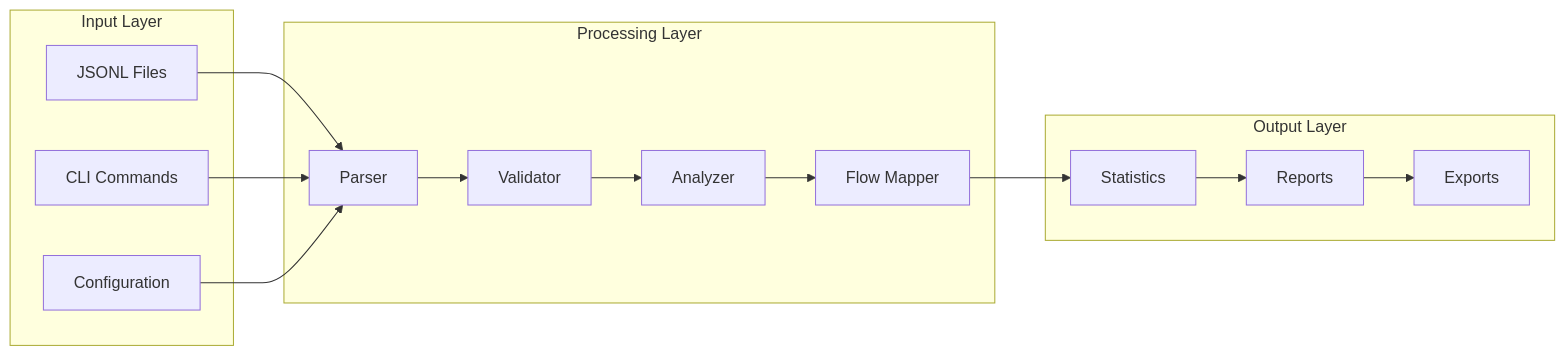
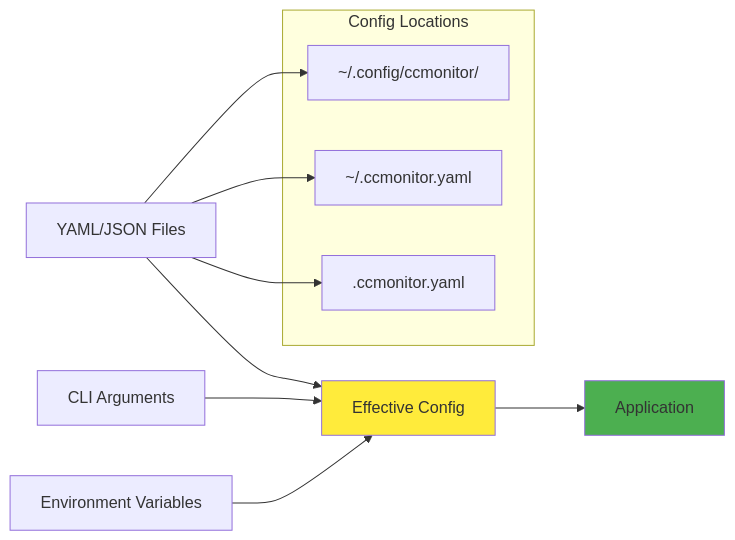
One commit to osbornesec/ccmonitor changed the fourth of 4 diagrams in ANALYSIS.md. Above: the diagram before and after it, drawn with Mermaid. The commit also changed other lines of this file and 61 other files, not shown here.

````diff
--- a/ANALYSIS.md
+++ b/ANALYSIS.md
@@ -594,31 +258,21 @@
 ```mermaid
 graph LR
-    subgraph "Input Layer"
-        A[JSONL Files]
-        B[CLI Commands]
-        C[Configuration]
+    A[Environment Variables] --> D[Effective Config]
+    B[YAML/JSON Files] --> D
+    C[CLI Arguments] --> D
+    
+    D --> E[Application]
+    
+    subgraph "Config Locations"
+        F[.ccmonitor.yaml]
+        G[~/.ccmonitor.yaml]
+        H[~/.config/ccmonitor/]
     end
     
-    subgraph "Processing Layer"  
-        D[Parser]
-        E[Validator]
-        F[Analyzer]
-        G[Flow Mapper]
-    end
+    B --> F
+    B --> G
+    B --> H
     
-    subgraph "Output Layer"
-        H[Statistics]
-        I[Reports]
-        J[Exports]
-    end
-    
-    A --> D
-    B --> D
-    C --> D
-    D --> E
-    E --> F
-    F --> G
-    G --> H
-    H --> I
-    I --> J
+    style D fill:#ffeb3b
+    style E fill:#4caf50
 ```
````
